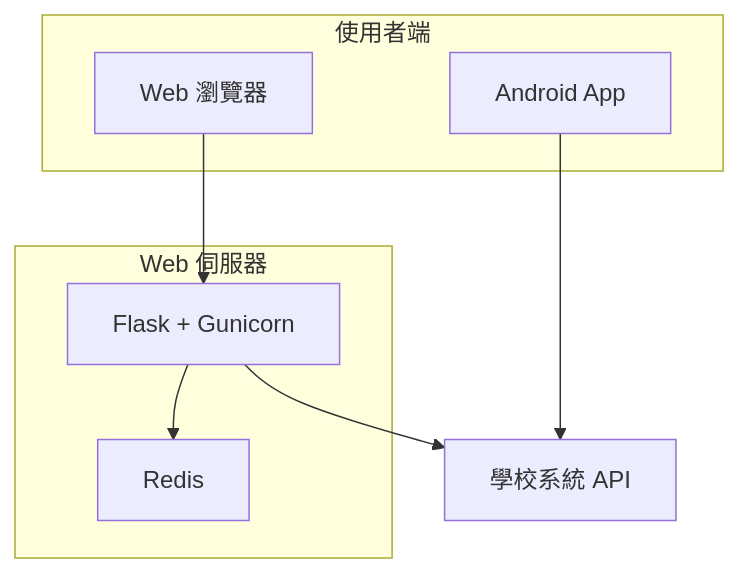
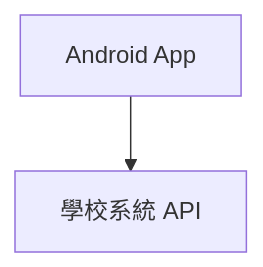
The diagram in README.md (alvin000009238/clhs_score), drawn with Mermaid before and after one commit. The commit also changed other lines of this file and 83 other files, not shown here.

````diff
--- a/README.md
+++ b/README.md
@@ -21,19 +20,4 @@
 ```mermaid
 flowchart TB
-    subgraph Client["使用者端"]
-        Web["Web 瀏覽器"]
-        App["Android App"]
-    end
-
-    subgraph Server["Web 伺服器"]
-        Flask["Flask + Gunicorn"]
-        Redis["Redis"]
-    end
-
-    School["學校系統 API"]
-
-    Web --> Flask
-    Flask --> Redis
-    Flask --> School
-    App --> School
+    App["Android App"] --> School["學校系統 API"]
 ```
````
